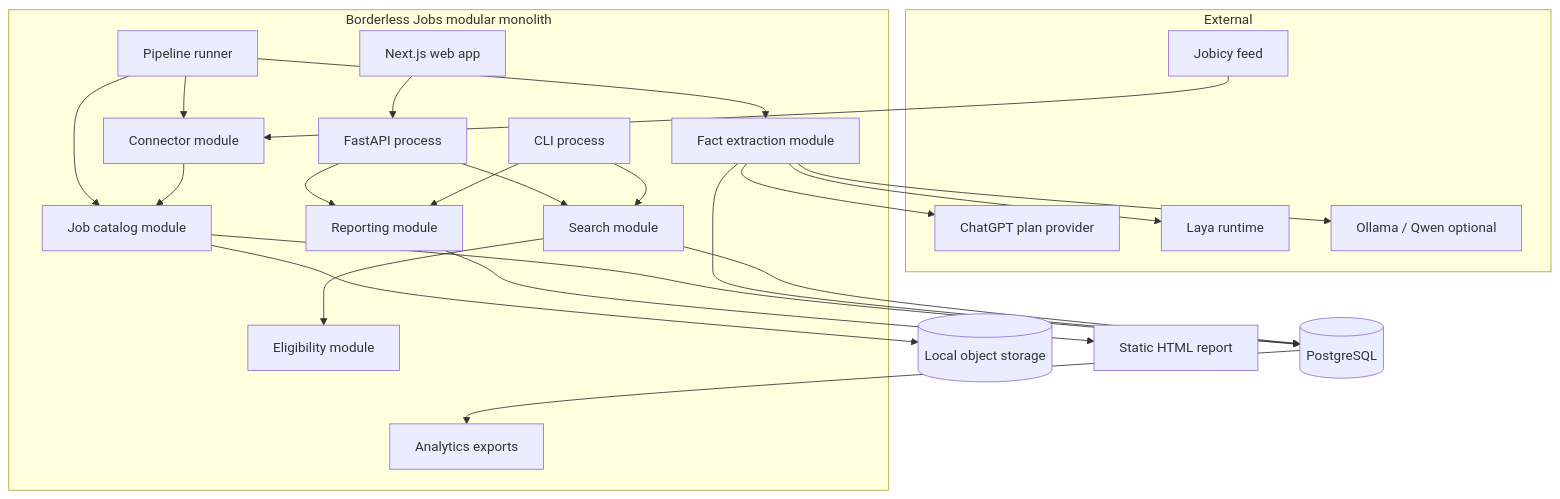
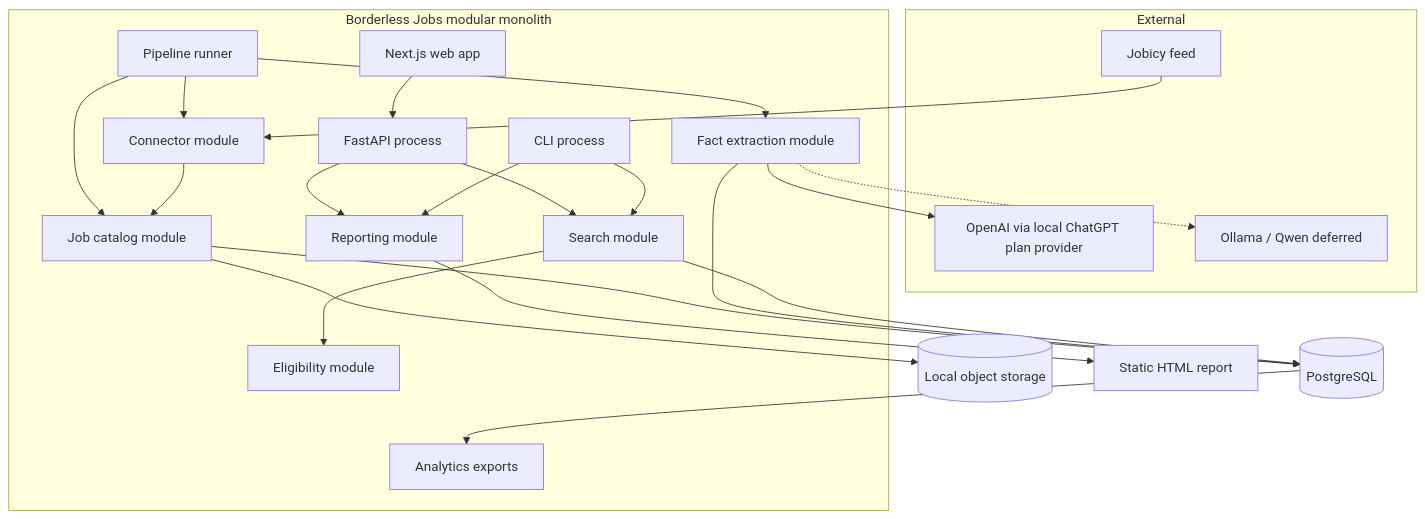
Before and after one commit to rkressm/borderless-jobs: the second of 3 diagrams in docs/architecture.md, drawn with Mermaid. The commit also changed other lines of this file and 6 other files, not shown here.

Commit message:
docs: replace Laya roadmap with local ChatGPT plan extraction

````diff
--- a/docs/architecture.md
+++ b/docs/architecture.md
@@ -118,49 +118,47 @@
 ```mermaid
 flowchart TB
     subgraph External
         Feed[Jobicy feed]
-        Plan[ChatGPT plan provider]
-        Laya[Laya runtime]
-        Ollama[Ollama / Qwen optional]
+        Plan[OpenAI via local ChatGPT plan provider]
+        Ollama[Ollama / Qwen deferred]
     end
 
     subgraph Borderless[Borderless Jobs modular monolith]
         Runner[Pipeline runner]
         API[FastAPI process]
         CLI[CLI process]
         Web[Next.js web app]
 
         Connectors[Connector module]
         Catalog[Job catalog module]
         Extraction[Fact extraction module]
         Eligibility[Eligibility module]
         Reporting[Reporting module]
         Search[Search module]
         Analytics[Analytics exports]
     end
 
     DB[(PostgreSQL)]
     Blobs[(Local object storage)]
     Static[Static HTML report]
 
     Feed --> Connectors
     Runner --> Connectors
     Runner --> Catalog
     Runner --> Extraction
     Connectors --> Catalog
     Catalog --> DB
     Catalog --> Blobs
     Extraction --> Plan
-    Extraction --> Laya
-    Extraction --> Ollama
+    Extraction -.-> Ollama
     Extraction --> DB
     API --> Search
     API --> Reporting
     CLI --> Search
     CLI --> Reporting
     Search --> DB
     Search --> Eligibility
     Reporting --> Static
     Web --> API
     DB --> Analytics
 ```
````
